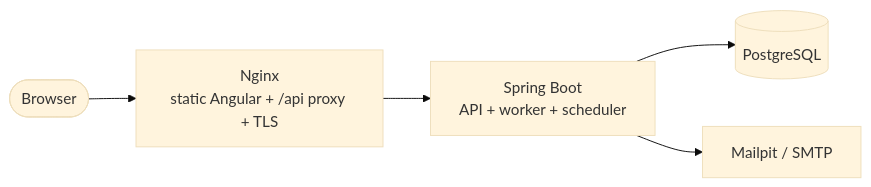
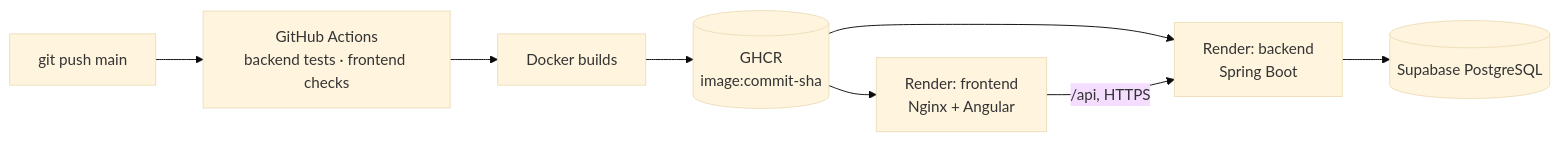
One commit to eribilcari97/FlowForge changed the second of 2 diagrams in docs/architecture.md. Above: the diagram before and after it, drawn with Mermaid (base theme). The commit also changed other lines of this file and 34 other files, not shown here.

Commit message:
feat: deploy to Render with GHCR images and Supabase PostgreSQL

````diff
--- a/docs/architecture.md
+++ b/docs/architecture.md
@@ -153,7 +160,10 @@
 ```mermaid
 flowchart LR
-    B([Browser]) --> N[Nginx<br/>static Angular + /api proxy + TLS]
-    N --> A[Spring Boot<br/>API + worker + scheduler]
-    A --> P[(PostgreSQL)]
-    A --> M[Mailpit / SMTP]
+    G[git push main] --> CI[GitHub Actions<br/>backend tests · frontend checks]
+    CI --> IMG[Docker builds]
+    IMG --> R[(GHCR<br/>image:commit-sha)]
+    R --> F[Render: frontend<br/>Nginx + Angular]
+    R --> B[Render: backend<br/>Spring Boot]
+    F -- "/api, HTTPS" --> B
+    B --> P[(Supabase PostgreSQL)]
 ```
````
